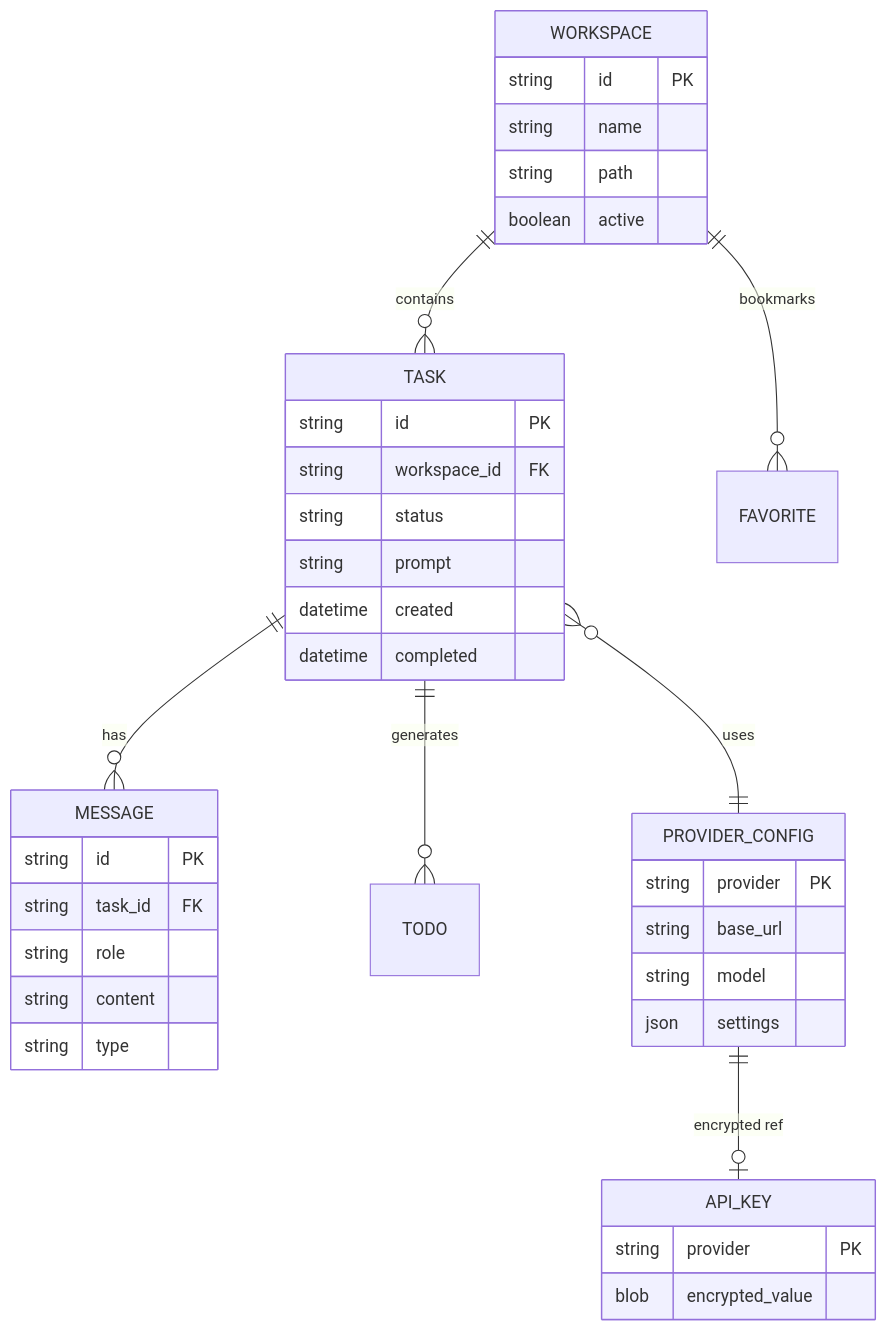
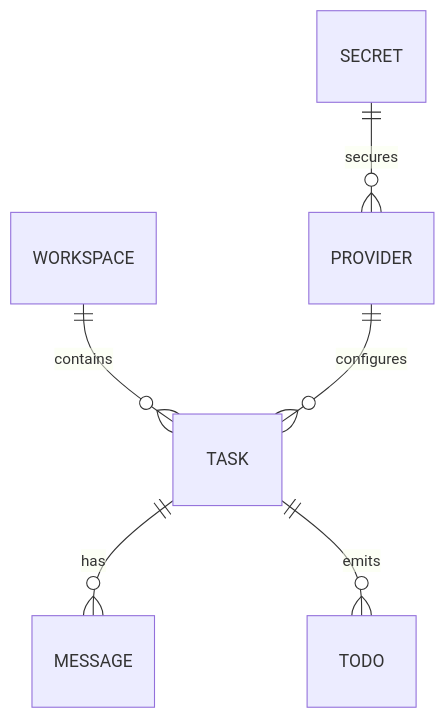
The sixth of 8 diagrams in AD.md (MyBoTeam/MyBoTeam), drawn with Mermaid before and after one commit. The commit also changed other lines of this file and 35 other files, not shown here.

Commit message:
docs: generate architecture description

````diff
--- a/AD.md
+++ b/AD.md
@@ -239,41 +263,8 @@
 ```mermaid
 erDiagram
-    WORKSPACE ||--o{ TASK : contains
-    TASK ||--o{ MESSAGE : has
-    TASK ||--o{ TODO : generates
-    TASK }o--|| PROVIDER_CONFIG : uses
-    PROVIDER_CONFIG ||--o| API_KEY : "encrypted ref"
-    WORKSPACE ||--o{ FAVORITE : bookmarks
-
-    WORKSPACE {
-        string id PK
-        string name
-        string path
-        boolean active
-    }
-    TASK {
-        string id PK
-        string workspace_id FK
-        string status
-        string prompt
-        datetime created
-        datetime completed
-    }
-    MESSAGE {
-        string id PK
-        string task_id FK
-        string role
-        string content
-        string type
-    }
-    PROVIDER_CONFIG {
-        string provider PK
-        string base_url
-        string model
-        json settings
-    }
-    API_KEY {
-        string provider PK
-        blob encrypted_value
-    }
+  WORKSPACE ||--o{ TASK : contains
+  TASK ||--o{ MESSAGE : has
+  TASK ||--o{ TODO : emits
+  PROVIDER ||--o{ TASK : configures
+  SECRET ||--o{ PROVIDER : secures
 ```
````
